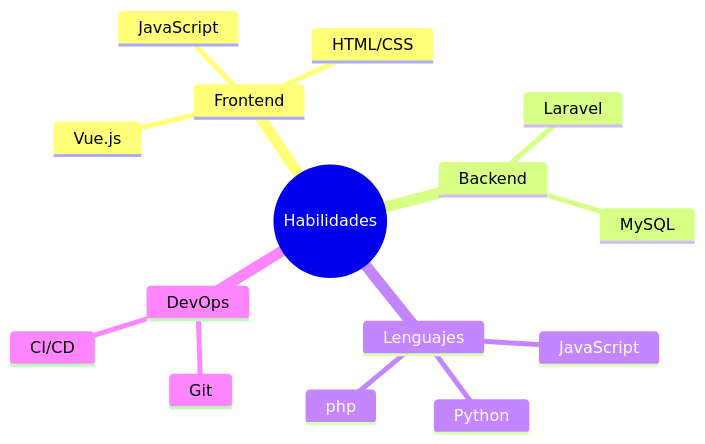
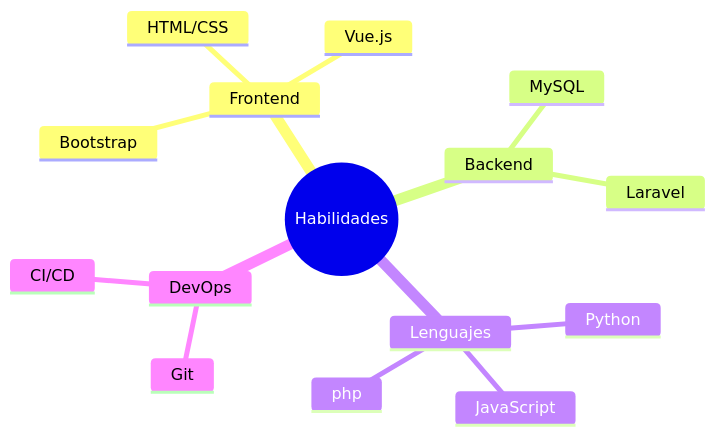
One commit to AlvaritoGSG/about changed the diagram in readme.md. Above: the diagram before and after it, drawn with Mermaid. The commit also changed other lines of this file, not shown here.

````diff
--- a/readme.md
+++ b/readme.md
@@ -13,18 +13,18 @@
 ```mermaid
 mindmap
   root((Habilidades))
     Frontend
+      HTML/CSS
       Vue.js
-      HTML/CSS
-      JavaScript
+      Bootstrap
     Backend
       Laravel
       MySQL
     Lenguajes
       JavaScript
       Python
       php
     DevOps
       Git
       CI/CD
 ```
````
